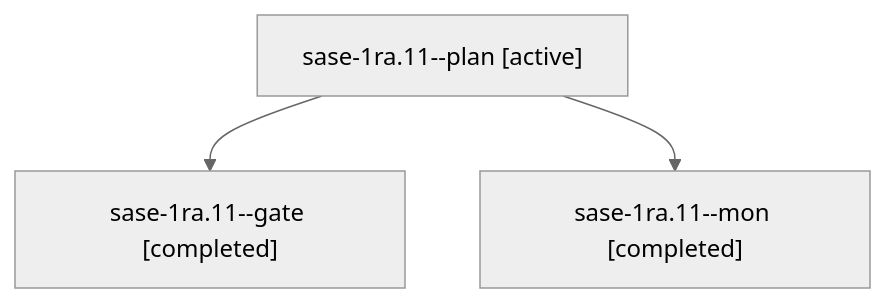
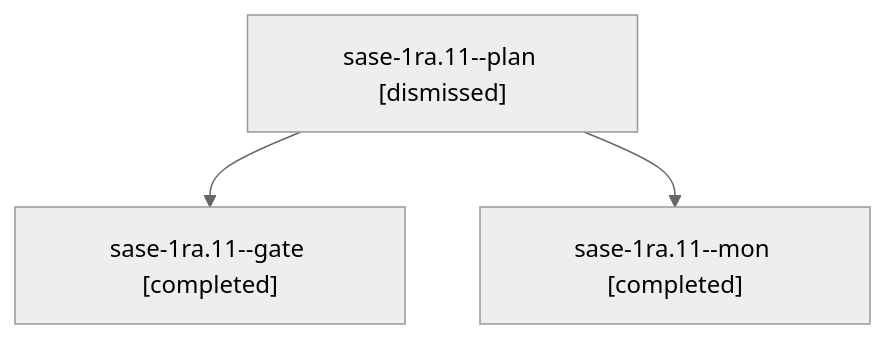
Before and after one commit to sase-org/sase--agents: the diagram in sessions/bbugyi200.athena.sase-1ra.11.md, drawn with Mermaid (neutral theme). The commit also changed other lines of this file and 56 other files, not shown here.

````diff
--- a/sessions/bbugyi200.athena.sase-1ra.11.md
+++ b/sessions/bbugyi200.athena.sase-1ra.11.md
@@ -9,8 +9,8 @@
 ```mermaid
 flowchart TD
-  n0["sase-1ra.11--plan [active]"]
+  n0["sase-1ra.11--plan [dismissed]"]
   n1["sase-1ra.11--gate [completed]"]
   n0 --> n1
   n2["sase-1ra.11--mon [completed]"]
   n0 --> n2
 ```
````
